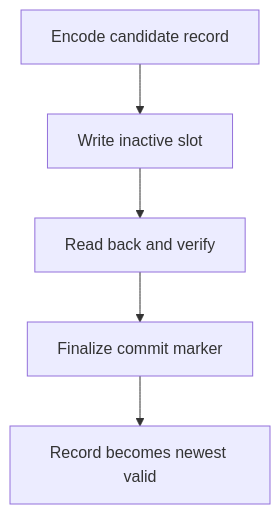
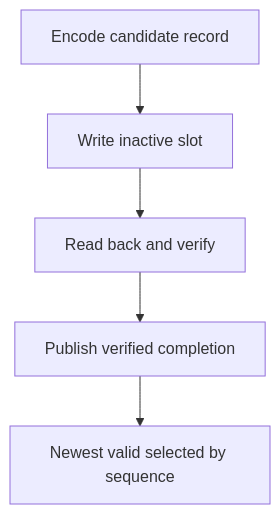
Before and after one commit to whoisLePhuc/smart-water-flow-pressure-monitor: the ninth of 9 diagrams in 1.docs/00_overview/11_firmware_implication.md, drawn with Mermaid. The commit also changed other lines of this file and 14 other files, not shown here.

````diff
--- a/1.docs/00_overview/11_firmware_implication.md
+++ b/1.docs/00_overview/11_firmware_implication.md
@@ -910,7 +925,7 @@
 ```mermaid
 flowchart TD
     ENCODE["Encode candidate record"] --> WRITE["Write inactive slot"]
     WRITE --> VERIFY["Read back and verify"]
-    VERIFY --> COMMIT["Finalize commit marker"]
-    COMMIT --> SELECT["Record becomes newest valid"]
+    VERIFY --> COMMIT["Publish verified completion"]
+    COMMIT --> SELECT["Newest valid selected by sequence"]
 ```
````
